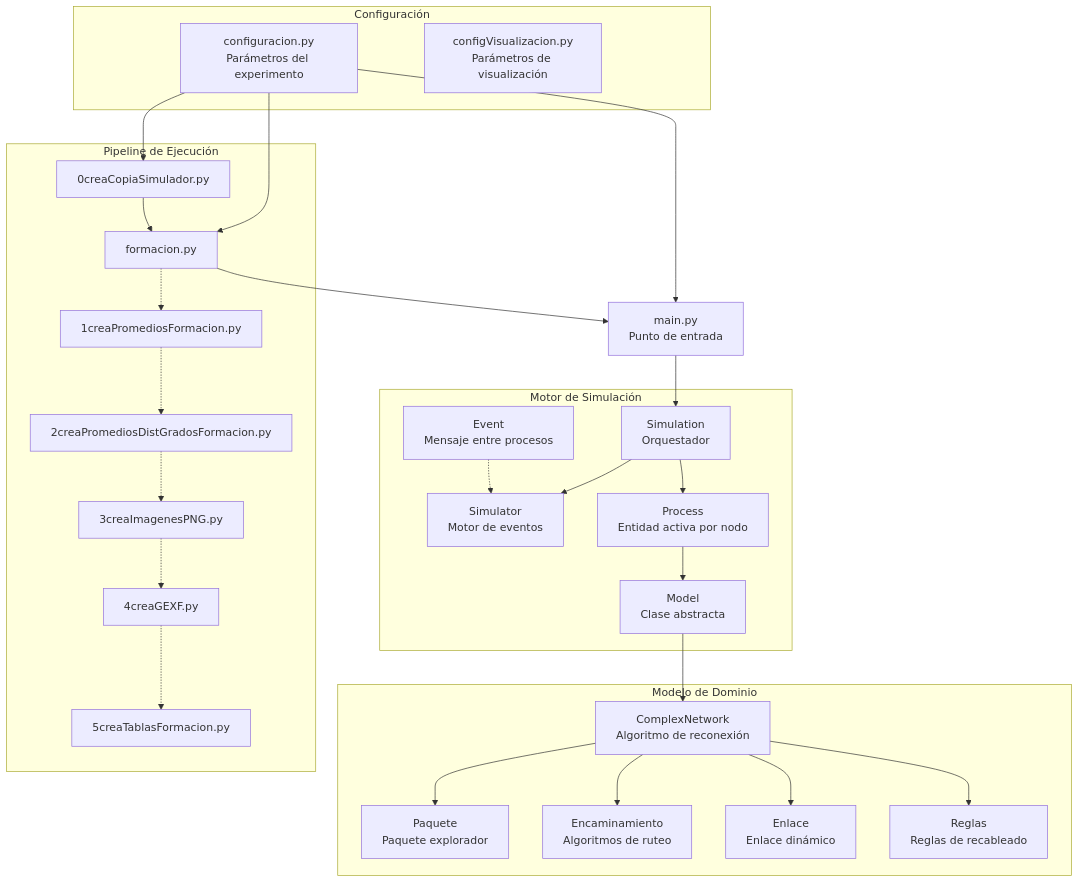
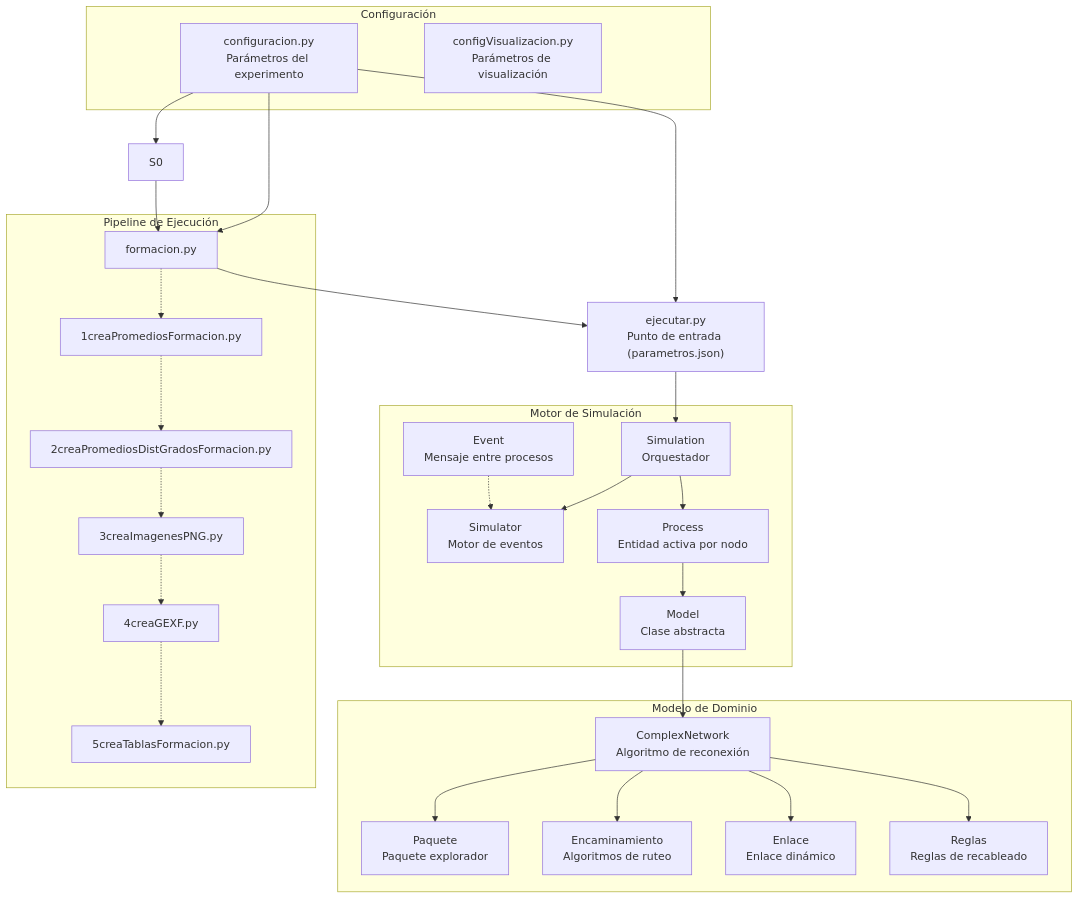
One commit to netscience/rewiring changed the first of 6 diagrams in README.md. Above: the diagram before and after it, drawn with Mermaid. The commit also changed other lines of this file and 16 other files, not shown here.

````diff
--- a/README.md
+++ b/README.md
@@ -218,55 +221,54 @@
 ```mermaid
 graph TD
     subgraph "Motor de Simulación"
         SIM["Simulator<br/>Motor de eventos"]
         SIMUL["Simulation<br/>Orquestador"]
         PROC["Process<br/>Entidad activa por nodo"]
         MODEL["Model<br/>Clase abstracta"]
         EVT["Event<br/>Mensaje entre procesos"]
     end
 
     subgraph "Modelo de Dominio"
         CN["ComplexNetwork<br/>Algoritmo de reconexión"]
         PKG["Paquete<br/>Paquete explorador"]
         ENC["Encaminamiento<br/>Algoritmos de ruteo"]
         ENL["Enlace<br/>Enlace dinámico"]
         REG["Reglas<br/>Reglas de recableado"]
     end
 
     subgraph "Configuración"
         CONF["configuracion.py<br/>Parámetros del experimento"]
         CONFV["configVisualizacion.py<br/>Parámetros de visualización"]
     end
 
     subgraph "Pipeline de Ejecución"
-        S0["0creaCopiaSimulador.py"]
         FORM["formacion.py"]
         S1["1creaPromediosFormacion.py"]
         S2["2creaPromediosDistGradosFormacion.py"]
         S3["3creaImagenesPNG.py"]
         S4["4creaGEXF.py"]
         S5["5creaTablasFormacion.py"]
     end
 
-    MAIN["main.py<br/>Punto de entrada"] --> SIMUL
+    MAIN["ejecutar.py<br/>Punto de entrada (parametros.json)"] --> SIMUL
     SIMUL --> SIM
     SIMUL --> PROC
     PROC --> MODEL
     MODEL --> CN
     CN --> PKG
     CN --> ENC
     CN --> ENL
     CN --> REG
     EVT -.-> SIM
 
     CONF --> MAIN
     CONF --> S0
     CONF --> FORM
     FORM --> MAIN
     S0 --> FORM
     FORM -.-> S1
     S1 -.-> S2
     S2 -.-> S3
     S3 -.-> S4
     S4 -.-> S5
 ```
````
